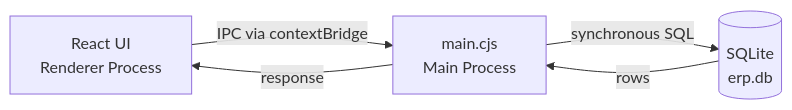
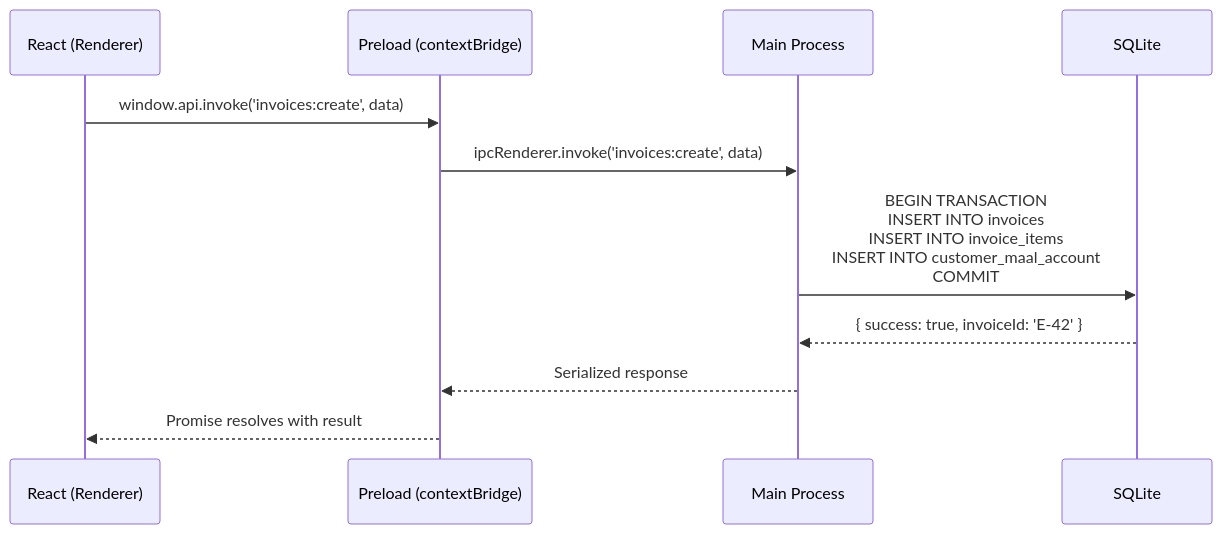
Before and after one commit to agrawalvansh/ags-erp-desktop: the ninth of 10 diagrams in README.md, drawn with Mermaid. The commit also changed other lines of this file, not shown here.

Commit message:
docs: update README with comprehensive project architecture, schema diagrams, and feature documentation

````diff
--- a/README.md
+++ b/README.md
@@ -68,6 +514,14 @@
 ```mermaid
-graph LR
-  R[React UI<br/>Renderer Process] -- IPC via contextBridge --> M[main.cjs<br/>Main Process]
-  M -- synchronous SQL --> D[(SQLite<br/>erp.db)]
-  D -- rows --> M -- response --> R
+sequenceDiagram
+    participant R as React (Renderer)
+    participant P as Preload (contextBridge)
+    participant M as Main Process
+    participant D as SQLite
+
+    R->>P: window.api.invoke('invoices:create', data)
+    P->>M: ipcRenderer.invoke('invoices:create', data)
+    M->>D: BEGIN TRANSACTION<br/>INSERT INTO invoices<br/>INSERT INTO invoice_items<br/>INSERT INTO customer_maal_account<br/>COMMIT
+    D-->>M: { success: true, invoiceId: 'E-42' }
+    M-->>P: Serialized response
+    P-->>R: Promise resolves with result
 ```
````
